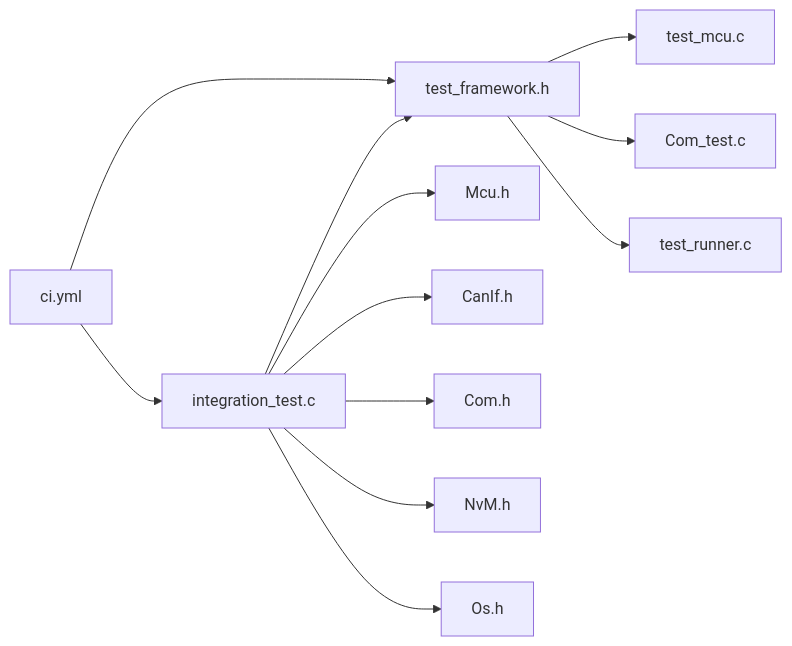
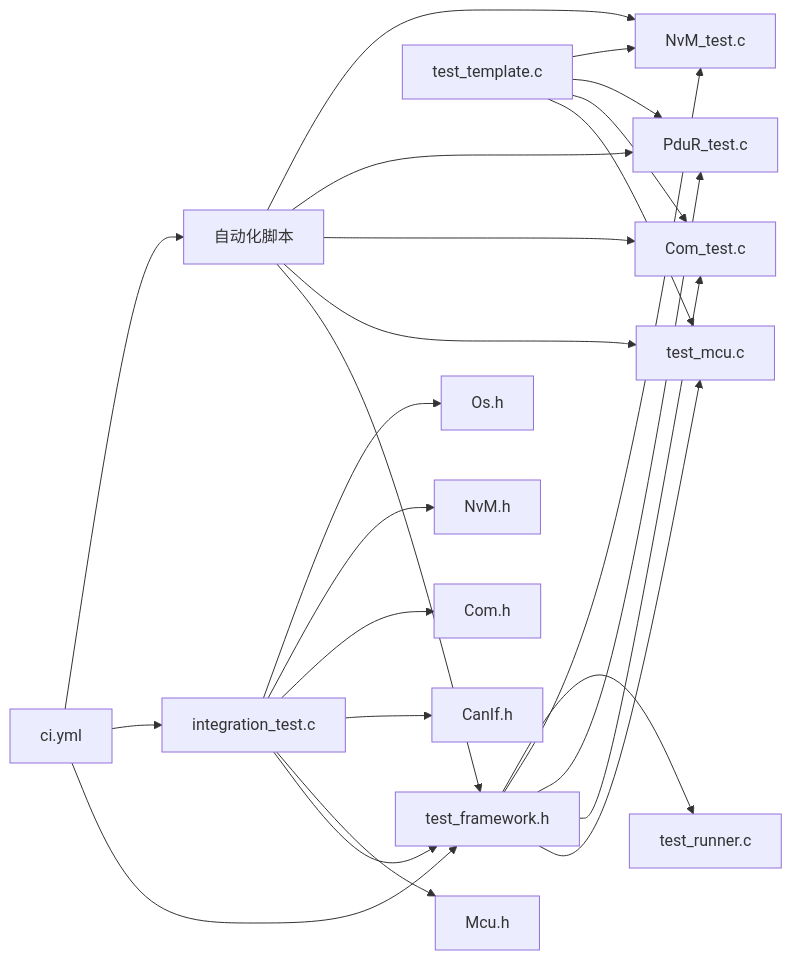
Before and after one commit to frisky1985/yuleASR: the eighth of 8 diagrams in .qoder/repowiki/zh/content/测试策略/测试策略.md, drawn with Mermaid. The commit also changed other lines of this file and 12 other files, not shown here.

````diff
--- a/.qoder/repowiki/zh/content/测试策略/测试策略.md
+++ b/.qoder/repowiki/zh/content/测试策略/测试策略.md
@@ -331,14 +475,26 @@
 ```mermaid
 graph LR
 TF["test_framework.h"] --> TM["test_mcu.c"]
 TF --> TC["Com_test.c"]
+TF --> TP["PduR_test.c"]
+TF --> TN["NvM_test.c"]
 TF --> TR["test_runner.c"]
+TT["test_template.c"] --> TM
+TT --> TC
+TT --> TP
+TT --> TN
+AUT["自动化脚本"] --> TF
+AUT --> TM
+AUT --> TC
+AUT --> TP
+AUT --> TN
 IT["integration_test.c"] --> TF
 IT --> MCU["Mcu.h"]
 IT --> CANIF["CanIf.h"]
 IT --> COM["Com.h"]
 IT --> NVM["NvM.h"]
 IT --> OS["Os.h"]
 CI["ci.yml"] --> TF
 CI --> IT
+CI --> AUT
 ```
````
